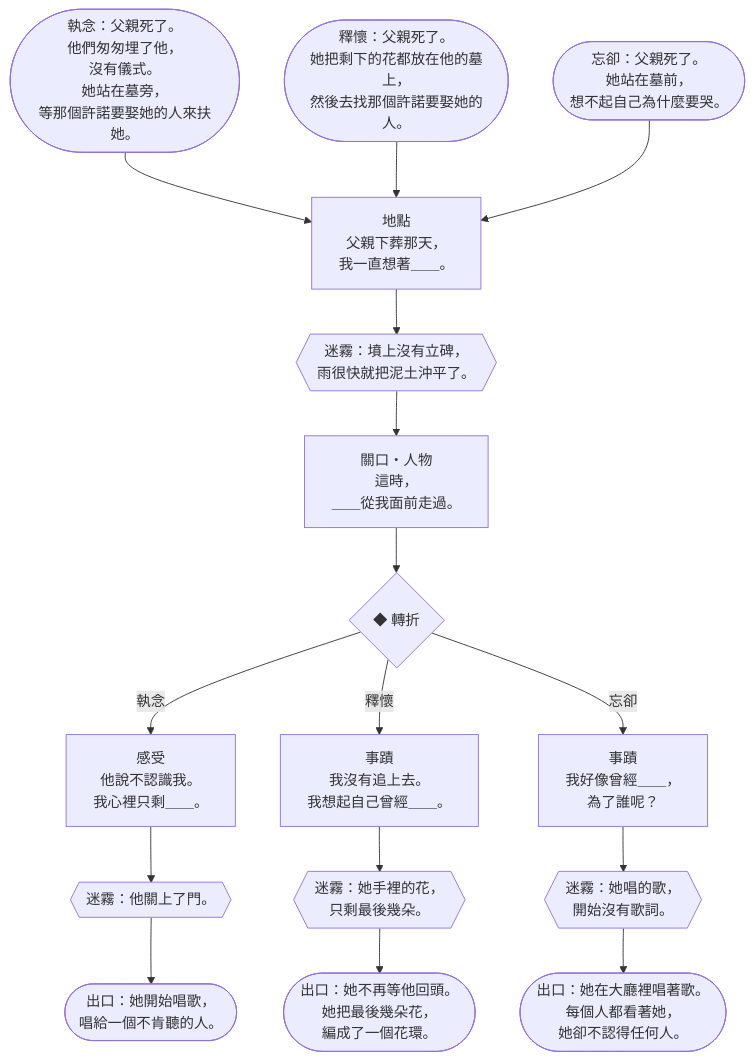
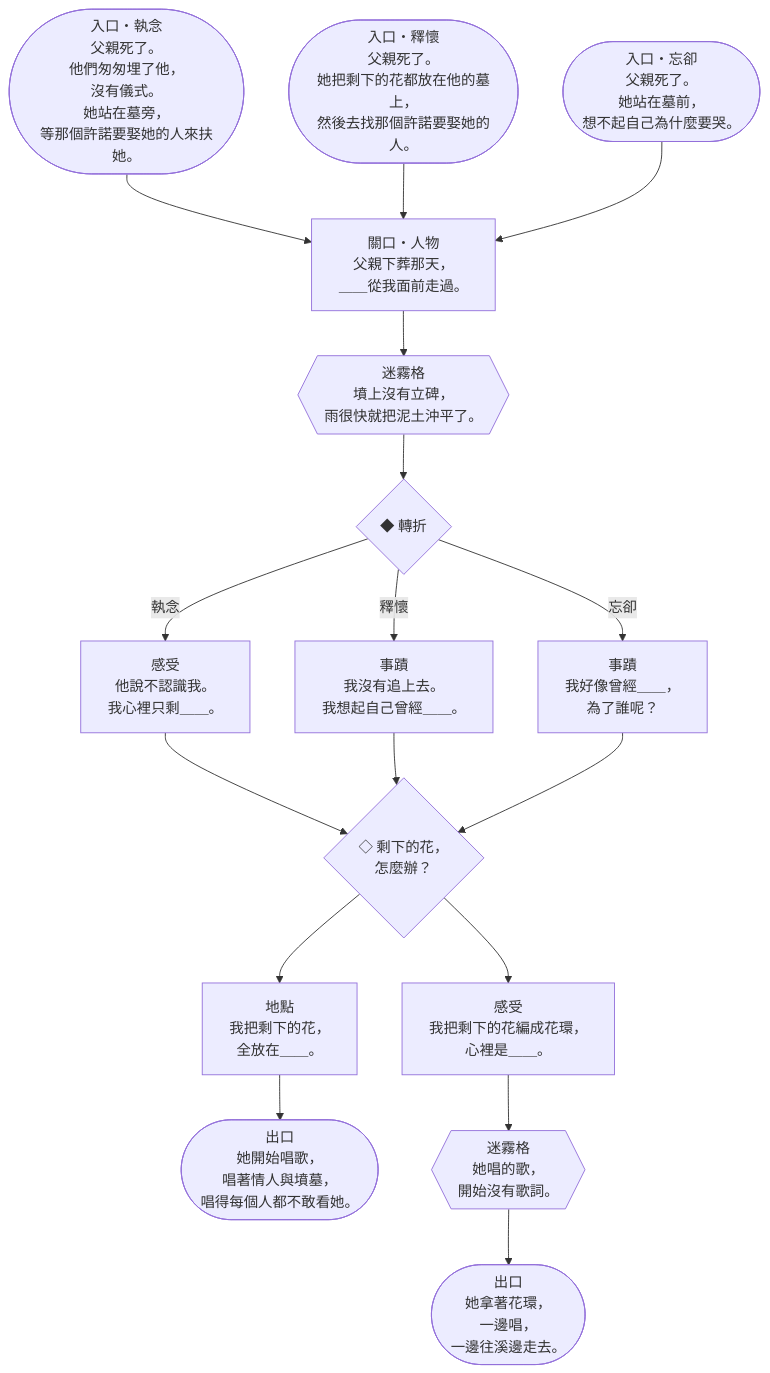
One commit to Ralph-Liu-Hub/Boardgame-Netherbloom changed the fifth of 15 diagrams in docs/design/V5-storybooks.zh-TW.md. Above: the diagram before and after it, drawn with Mermaid. The commit also changed other lines of this file, not shown here.

````diff
--- a/docs/design/V5-storybooks.zh-TW.md
+++ b/docs/design/V5-storybooks.zh-TW.md
@@ -361,11 +463,31 @@
 ```mermaid
 flowchart TD
-  c1E0(["執念：父親死了。<br>他們匆匆埋了他，<br>沒有儀式。<br>她站在墓旁，<br>等那個許諾要娶她的人來扶她。"]) --> c1A
-  c1E1(["釋懷：父親死了。<br>她把剩下的花都放在他的墓上，<br>然後去找那個許諾要娶她的人。"]) --> c1A
-  c1E2(["忘卻：父親死了。<br>她站在墓前，<br>想不起自己為什麼要哭。"]) --> c1A
-  c1A["地點<br>父親下葬那天，<br>我一直想著＿＿。"] --> c1M{{"迷霧：墳上沒有立碑，<br>雨很快就把泥土沖平了。"}}
-  c1M --> c1B["關口・人物<br>這時，<br>＿＿從我面前走過。"] --> c1T{"◆ 轉折"}
-  c1T -- 執念 --> c1C0["感受<br>他說不認識我。<br>我心裡只剩＿＿。"] --> c1X0{{"迷霧：他關上了門。"}} --> c1O0(["出口：她開始唱歌，<br>唱給一個不肯聽的人。"])
-  c1T -- 釋懷 --> c1C1["事蹟<br>我沒有追上去。<br>我想起自己曾經＿＿。"] --> c1X1{{"迷霧：她手裡的花，<br>只剩最後幾朵。"}} --> c1O1(["出口：她不再等他回頭。<br>她把最後幾朵花，<br>編成了一個花環。"])
-  c1T -- 忘卻 --> c1C2["事蹟<br>我好像曾經＿＿，<br>為了誰呢？"] --> c1X2{{"迷霧：她唱的歌，<br>開始沒有歌詞。"}} --> c1O2(["出口：她在大廳裡唱著歌。<br>每個人都看著她，<br>她卻不認得任何人。"])
+  c1E0(["入口・執念<br>父親死了。<br>他們匆匆埋了他，<br>沒有儀式。<br>她站在墓旁，<br>等那個許諾要娶她的人來扶她。"]) --> c1a
+  c1E1(["入口・釋懷<br>父親死了。<br>她把剩下的花都放在他的墓上，<br>然後去找那個許諾要娶她的人。"]) --> c1a
+  c1E2(["入口・忘卻<br>父親死了。<br>她站在墓前，<br>想不起自己為什麼要哭。"]) --> c1a
+  c1a["關口・人物<br>父親下葬那天，<br>＿＿從我面前走過。"]
+  c1a --> c1x1
+  c1x1{{"迷霧格<br>墳上沒有立碑，<br>雨很快就把泥土沖平了。"}}
+  c1x1 --> c1f
+  c1f{"◆ 轉折"}
+  c1f -- 執念 --> c1c1
+  c1f -- 釋懷 --> c1c2
+  c1f -- 忘卻 --> c1c3
+  c1c1["感受<br>他說不認識我。<br>我心裡只剩＿＿。"]
+  c1c1 --> c1p1
+  c1c2["事蹟<br>我沒有追上去。<br>我想起自己曾經＿＿。"]
+  c1c2 --> c1p1
+  c1c3["事蹟<br>我好像曾經＿＿，<br>為了誰呢？"]
+  c1c3 --> c1p1
+  c1p1{"◇ 剩下的花，<br>怎麼辦？"}
+  c1p1 --> c1d1
+  c1p1 --> c1d2
+  c1d1["地點<br>我把剩下的花，<br>全放在＿＿。"]
+  c1d1 --> c1o1
+  c1d2["感受<br>我把剩下的花編成花環，<br>心裡是＿＿。"]
+  c1d2 --> c1x2
+  c1x2{{"迷霧格<br>她唱的歌，<br>開始沒有歌詞。"}}
+  c1x2 --> c1o2
+  c1o1(["出口<br>她開始唱歌，<br>唱著情人與墳墓，<br>唱得每個人都不敢看她。"])
+  c1o2(["出口<br>她拿著花環，<br>一邊唱，<br>一邊往溪邊走去。"])
 ```
````
